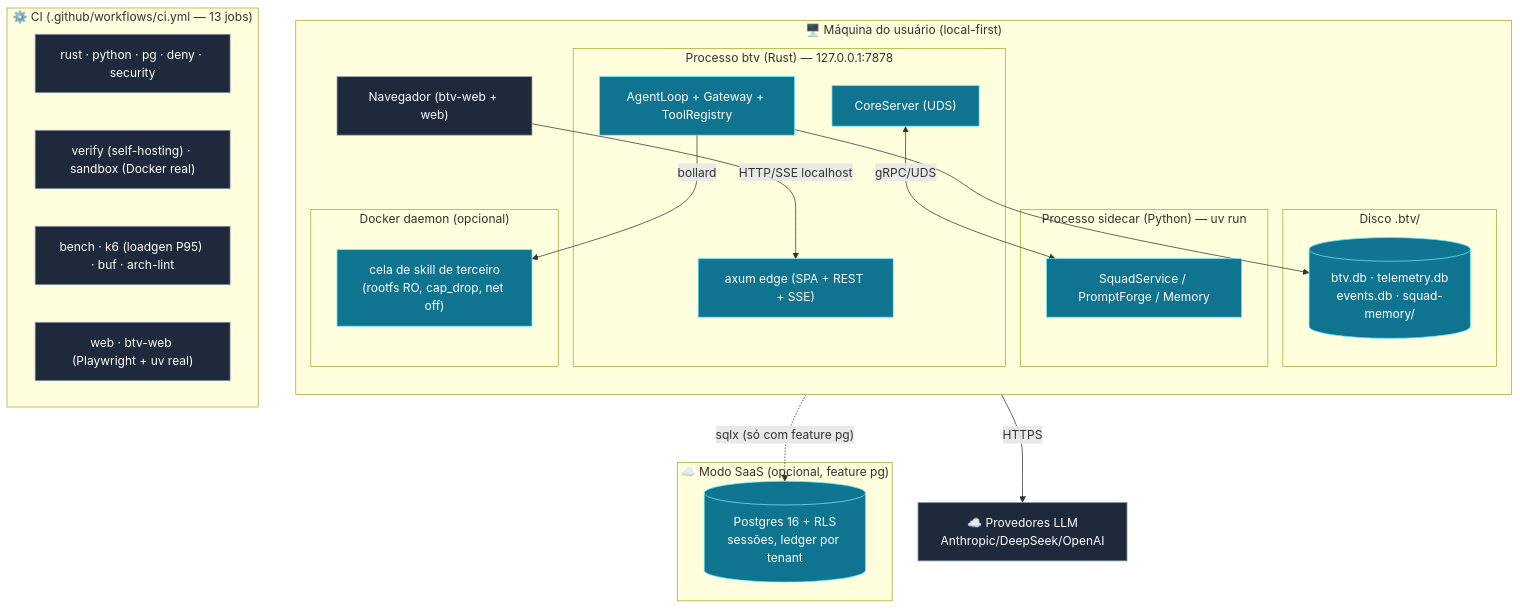
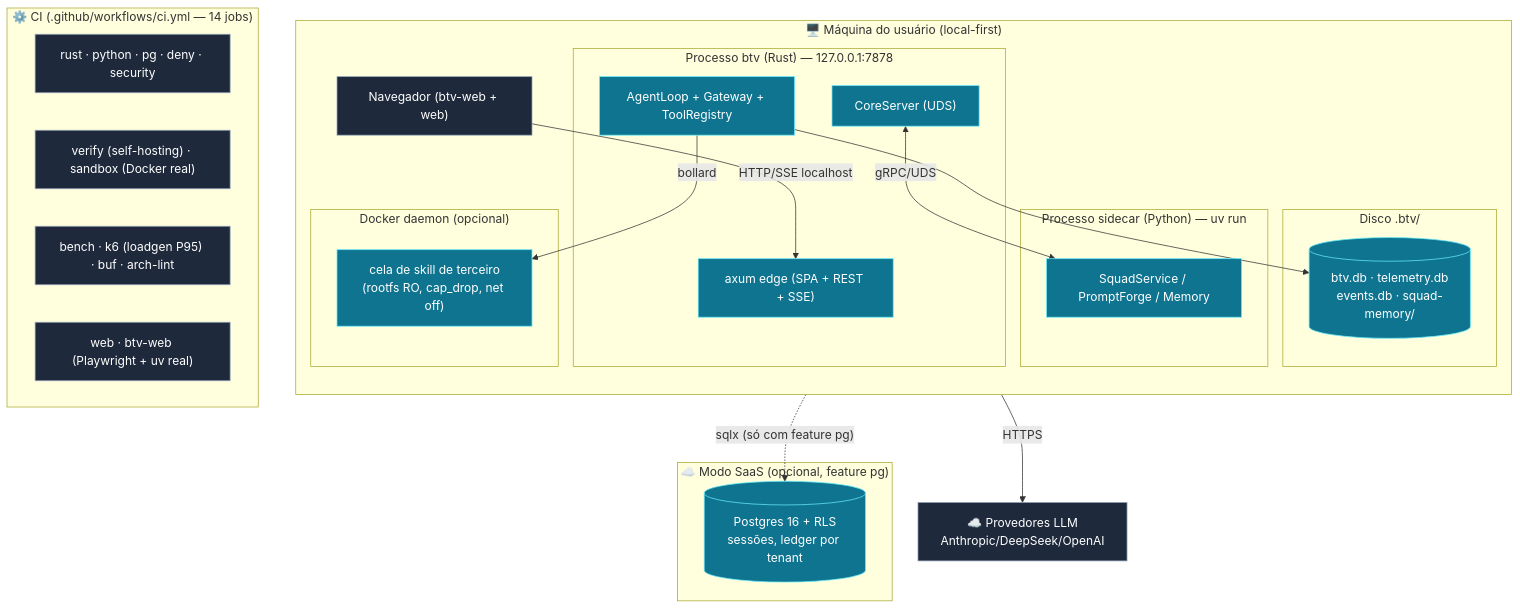
Before and after one commit to danzeroum/btv: the diagram in docs/documentacao/diagramas/08-implantacao.md, drawn with Mermaid. The commit also changed other lines of this file and 3 other files, not shown here.

````diff
--- a/docs/documentacao/diagramas/08-implantacao.md
+++ b/docs/documentacao/diagramas/08-implantacao.md
@@ -8,43 +8,43 @@
 ```mermaid
 flowchart TB
     classDef node fill:#1e293b,stroke:#94a3b8,color:#fff
     classDef art fill:#0e7490,stroke:#67e8f9,color:#fff
 
     subgraph HOST["🖥️ Máquina do usuário (local-first)"]
         direction TB
         subgraph BTV["Processo btv (Rust) — 127.0.0.1:7878"]
             A1["axum edge (SPA + REST + SSE)"]:::art
             A2["AgentLoop + Gateway + ToolRegistry"]:::art
             A3["CoreServer (UDS)"]:::art
         end
         subgraph SIDE["Processo sidecar (Python) — uv run"]
             B1["SquadService / PromptForge / Memory"]:::art
         end
         subgraph DB["Disco .btv/"]
             C1[("btv.db · telemetry.db\nevents.db · squad-memory/")]:::art
         end
         subgraph DOCK["Docker daemon (opcional)"]
             D1["cela de skill de terceiro\n(rootfs RO, cap_drop, net off)"]:::art
         end
         BROWSER["Navegador (btv-web + web)"]:::node
         BROWSER -->|HTTP/SSE localhost| A1
         A3 <-->|gRPC/UDS| B1
         A2 --> C1
         A2 -->|bollard| D1
     end
 
     A2 -->|HTTPS| CLOUD["☁️ Provedores LLM\nAnthropic/DeepSeek/OpenAI"]:::node
 
     subgraph SAAS["☁️ Modo SaaS (opcional, feature pg)"]
         PGN[("Postgres 16 + RLS\nsessões, ledger por tenant")]:::art
     end
     A1 -.->|"sqlx (só com feature pg)"| PGN
 
-    subgraph CI["⚙️ CI (.github/workflows/ci.yml — 13 jobs)"]
+    subgraph CI["⚙️ CI (.github/workflows/ci.yml — 14 jobs)"]
         direction LR
         CI1["rust · python · pg · deny · security"]:::node
         CI2["verify (self-hosting) · sandbox (Docker real)"]:::node
         CI3["bench · k6 (loadgen P95) · buf · arch-lint"]:::node
         CI4["web · btv-web (Playwright + uv real)"]:::node
     end
 ```
````
